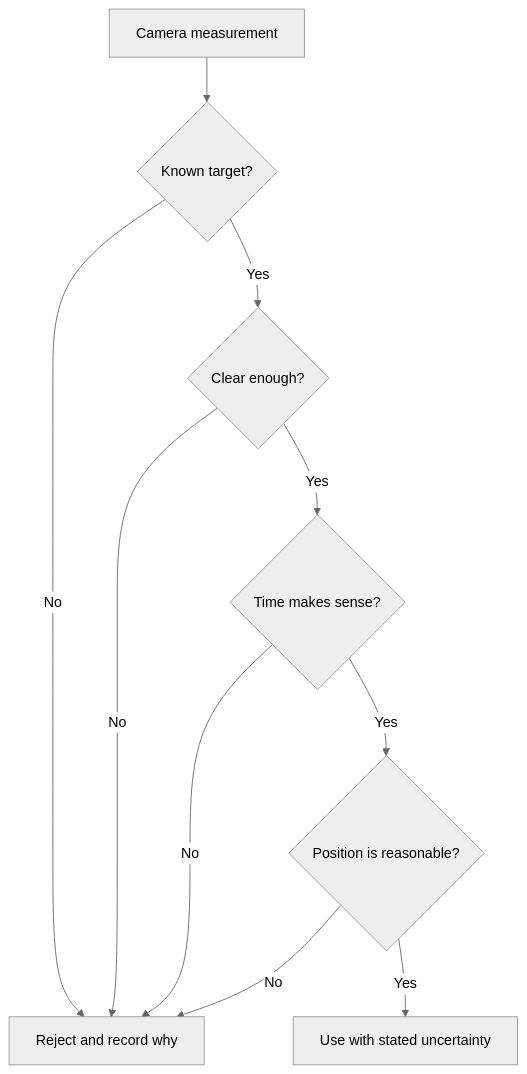
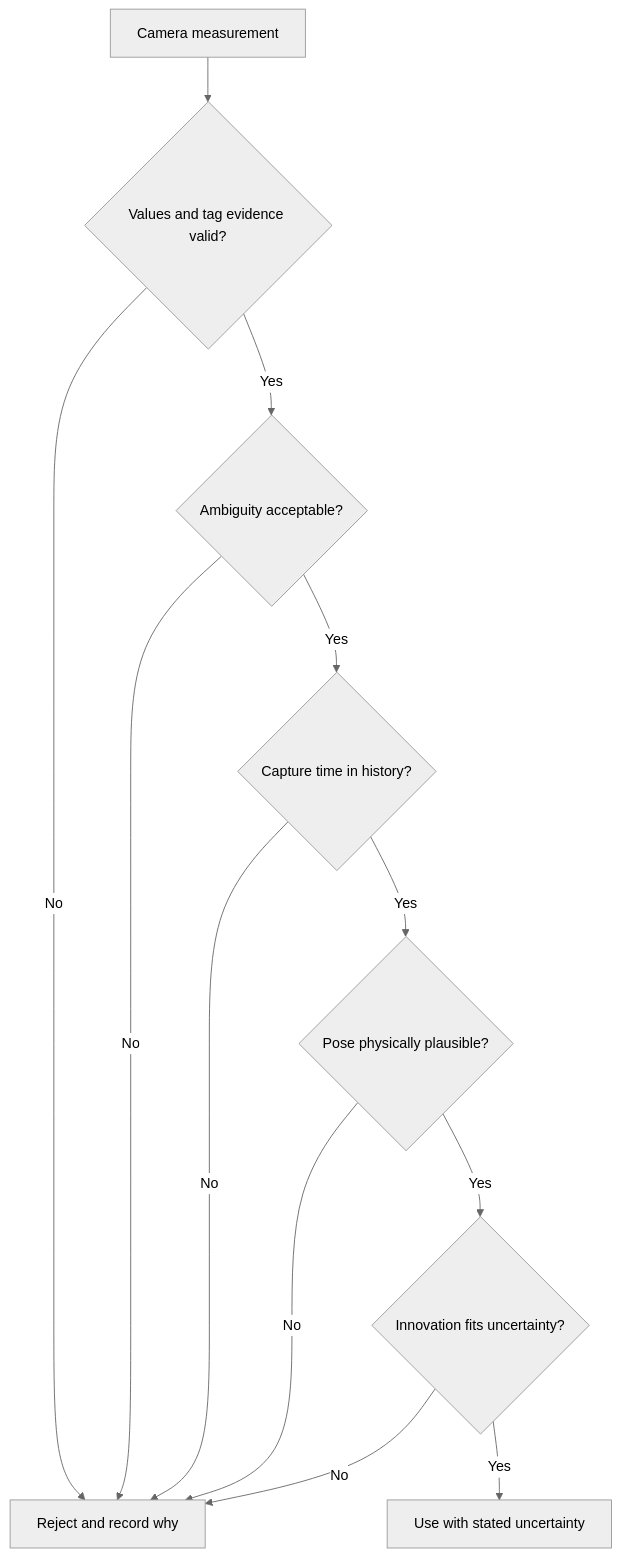
The diagram in content/learning/middle-school-stem/03-camera-evidence.md (ARES-23247/ARESWEB), drawn with Mermaid (neutral theme) before and after one commit. The commit also changed other lines of this file and 6 other files, not shown here.

````diff
--- a/content/learning/middle-school-stem/03-camera-evidence.md
+++ b/content/learning/middle-school-stem/03-camera-evidence.md
@@ -13,13 +38,15 @@
 ```mermaid
-%% aria: A camera measurement is checked for a known target, clear image, reasonable time, and reasonable position. It is used only when all checks pass; otherwise the rejection reason is recorded.
+%% aria: A camera measurement passes through ordered checks for valid numbers, known evidence, image quality, capture time, plausible field position, and agreement with predicted uncertainty. A passing result updates the estimate with stated uncertainty. A failing result is rejected and its first reason is recorded.
 flowchart TD
-  A["Camera measurement"] --> B{"Known target?"}
-  B -->|No| R["Reject and record why"]
-  B -->|Yes| C{"Clear enough?"}
-  C -->|No| R
-  C -->|Yes| D{"Time makes sense?"}
-  D -->|No| R
-  D -->|Yes| E{"Position is reasonable?"}
-  E -->|No| R
-  E -->|Yes| F["Use with stated uncertainty"]
+  A["Camera measurement"] --> B{"Values and tag evidence valid?"}
+  B -->|"No"| R["Reject and record why"]
+  B -->|"Yes"| C{"Ambiguity acceptable?"}
+  C -->|"No"| R
+  C -->|"Yes"| D{"Capture time in history?"}
+  D -->|"No"| R
+  D -->|"Yes"| E{"Pose physically plausible?"}
+  E -->|"No"| R
+  E -->|"Yes"| F{"Innovation fits uncertainty?"}
+  F -->|"No"| R
+  F -->|"Yes"| G["Use with stated uncertainty"]
 ```
````
